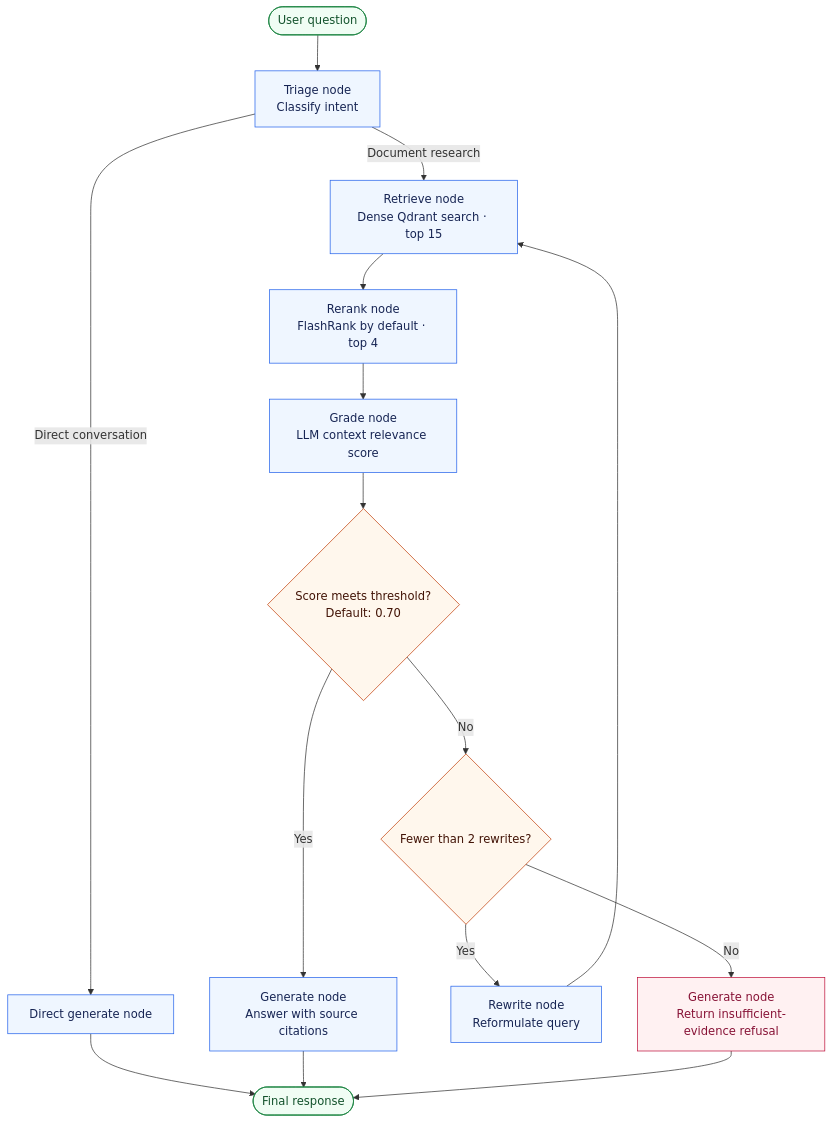
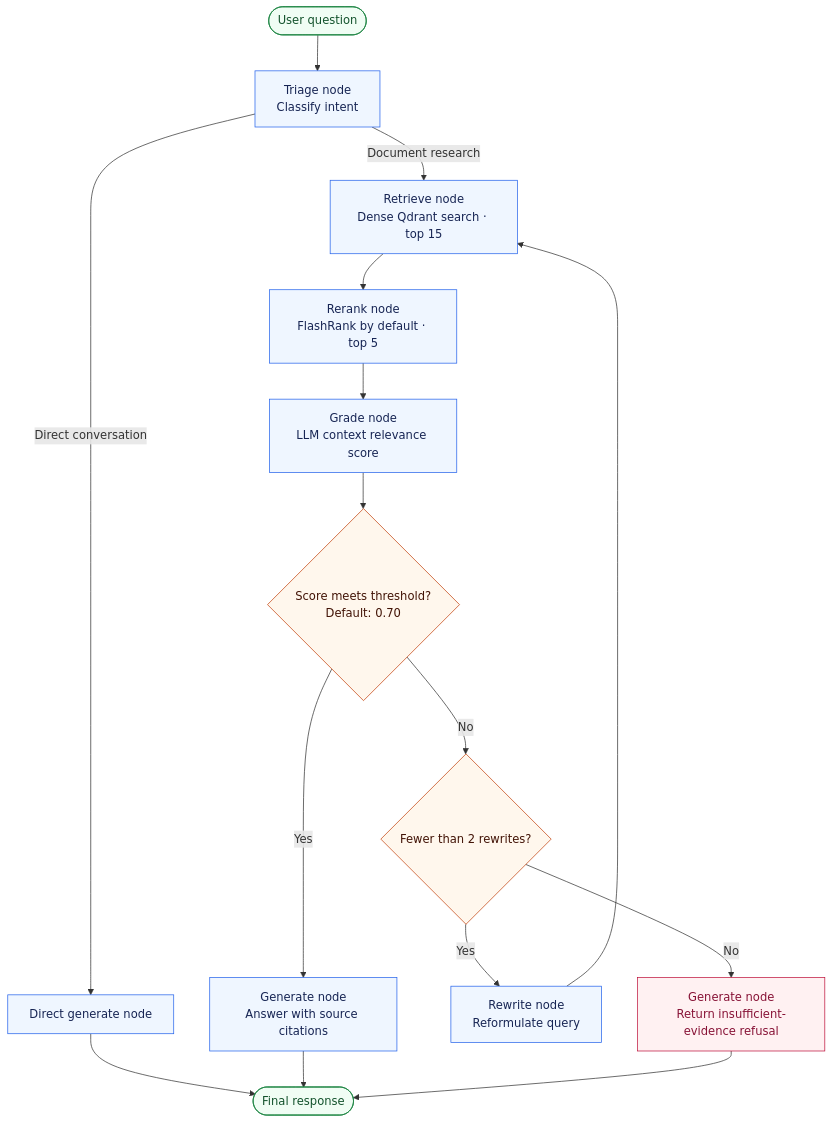
One commit to Theshmphony7580/Anri- changed the first of 2 diagrams in README.md. Above: the diagram before and after it, drawn with Mermaid. The commit also changed other lines of this file and 4 other files, not shown here.

````diff
--- a/README.md
+++ b/README.md
@@ -56,26 +56,26 @@
 ```mermaid
 flowchart TD
     Input([User question]) --> Triage["Triage node<br/>Classify intent"]
     Triage -->|Direct conversation| Direct["Direct generate node"]
     Triage -->|Document research| Retrieve["Retrieve node<br/>Dense Qdrant search · top 15"]
-    Retrieve --> Rerank["Rerank node<br/>FlashRank by default · top 4"]
+    Retrieve --> Rerank["Rerank node<br/>FlashRank by default · top 5"]
     Rerank --> Grade["Grade node<br/>LLM context relevance score"]
     Grade --> Gate{"Score meets threshold?<br/>Default: 0.70"}
     Gate -->|Yes| Generate["Generate node<br/>Answer with source citations"]
     Gate -->|No| Retry{"Fewer than 2 rewrites?"}
     Retry -->|Yes| Rewrite["Rewrite node<br/>Reformulate query"]
     Rewrite --> Retrieve
     Retry -->|No| Refuse["Generate node<br/>Return insufficient-evidence refusal"]
     Direct --> Output([Final response])
     Generate --> Output
     Refuse --> Output
 
     classDef action fill:#eff6ff,stroke:#2563eb,color:#172554;
     classDef decision fill:#fff7ed,stroke:#c2410c,color:#431407;
     classDef terminal fill:#f0fdf4,stroke:#15803d,color:#14532d;
     classDef refusal fill:#fff1f2,stroke:#be123c,color:#881337;
     class Triage,Direct,Retrieve,Rerank,Grade,Rewrite,Generate action;
     class Gate,Retry decision;
     class Input,Output terminal;
     class Refuse refusal;
 ```
````
